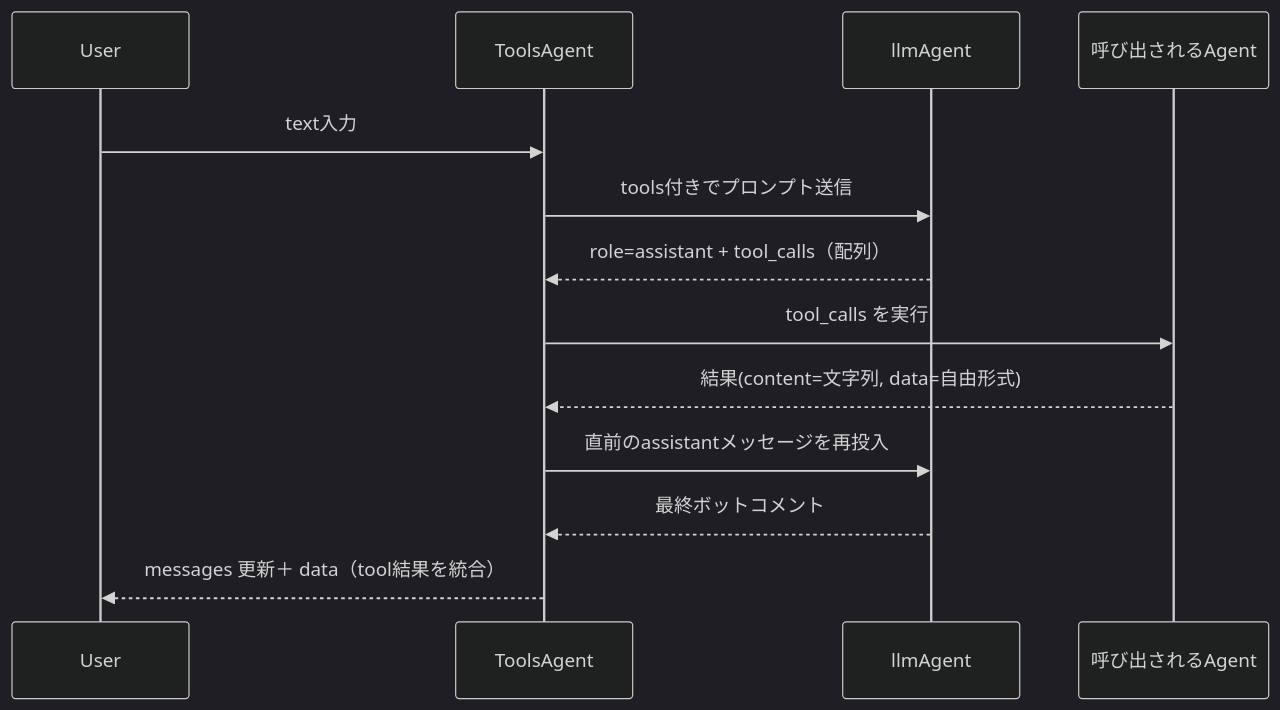
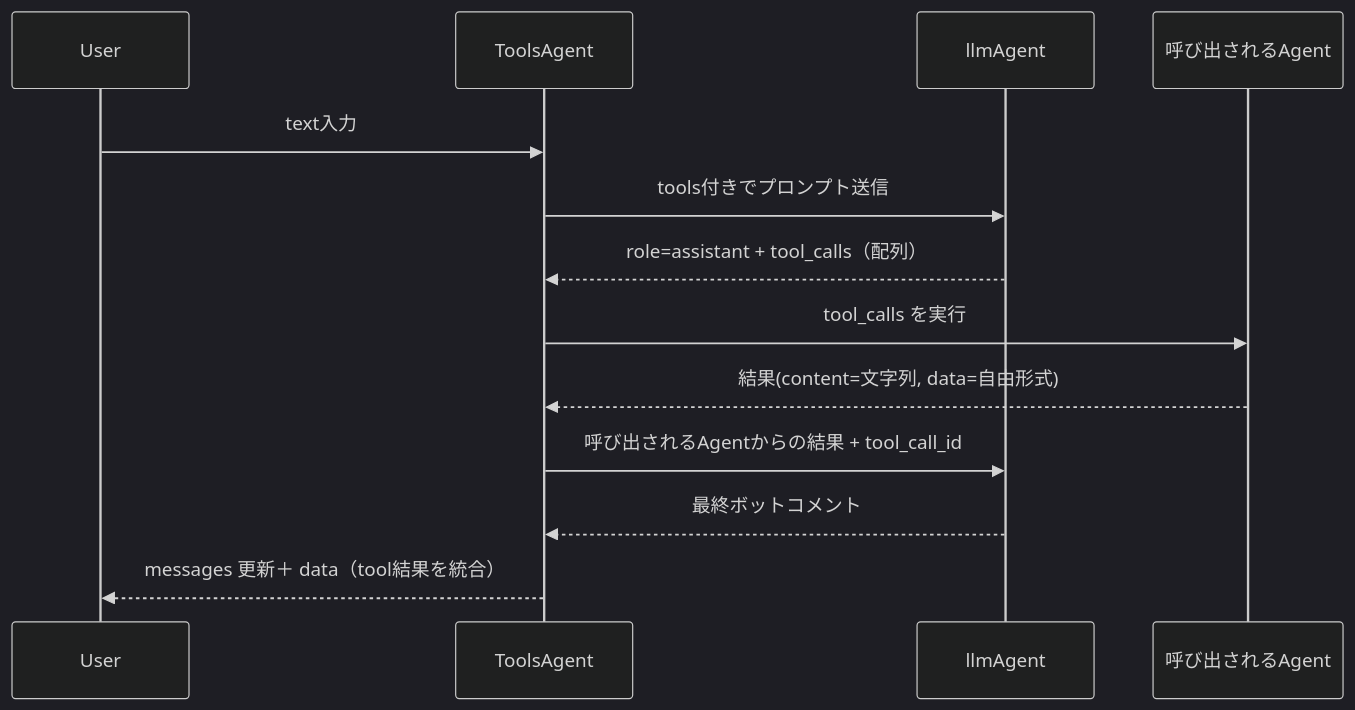
One commit to isamu/zenn-docs changed the diagram in articles/graphai-tools-agent.md. Above: the diagram before and after it, drawn with Mermaid (dark theme).

````diff
--- a/articles/graphai-tools-agent.md
+++ b/articles/graphai-tools-agent.md
@@ -24,17 +24,17 @@
 ```mermaid
 
 sequenceDiagram
     participant U as User
     participant GA as ToolsAgent
     participant L as llmAgent
     participant T as 呼び出されるAgent
 
     U->>GA: text入力
     GA->>L: tools付きでプロンプト送信
     L-->>GA: role=assistant + tool_calls（配列）
     GA->>T: tool_calls を実行
     T-->>GA: 結果(content=文字列, data=自由形式)
-    GA->>L: 直前のassistantメッセージを再投入
+    GA->>L: 呼び出されるAgentからの結果 + tool_call_id
     L-->>GA: 最終ボットコメント
     GA-->>U: messages 更新＋ data（tool結果を統合）
 ```
````
